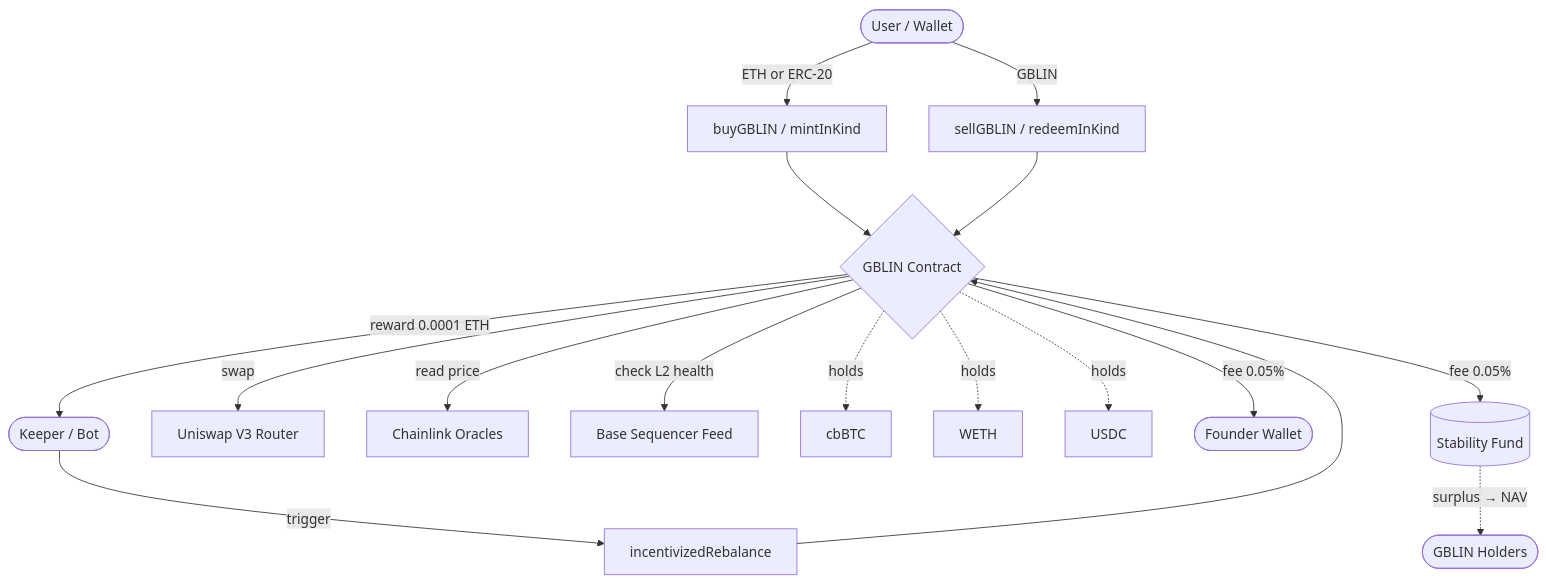
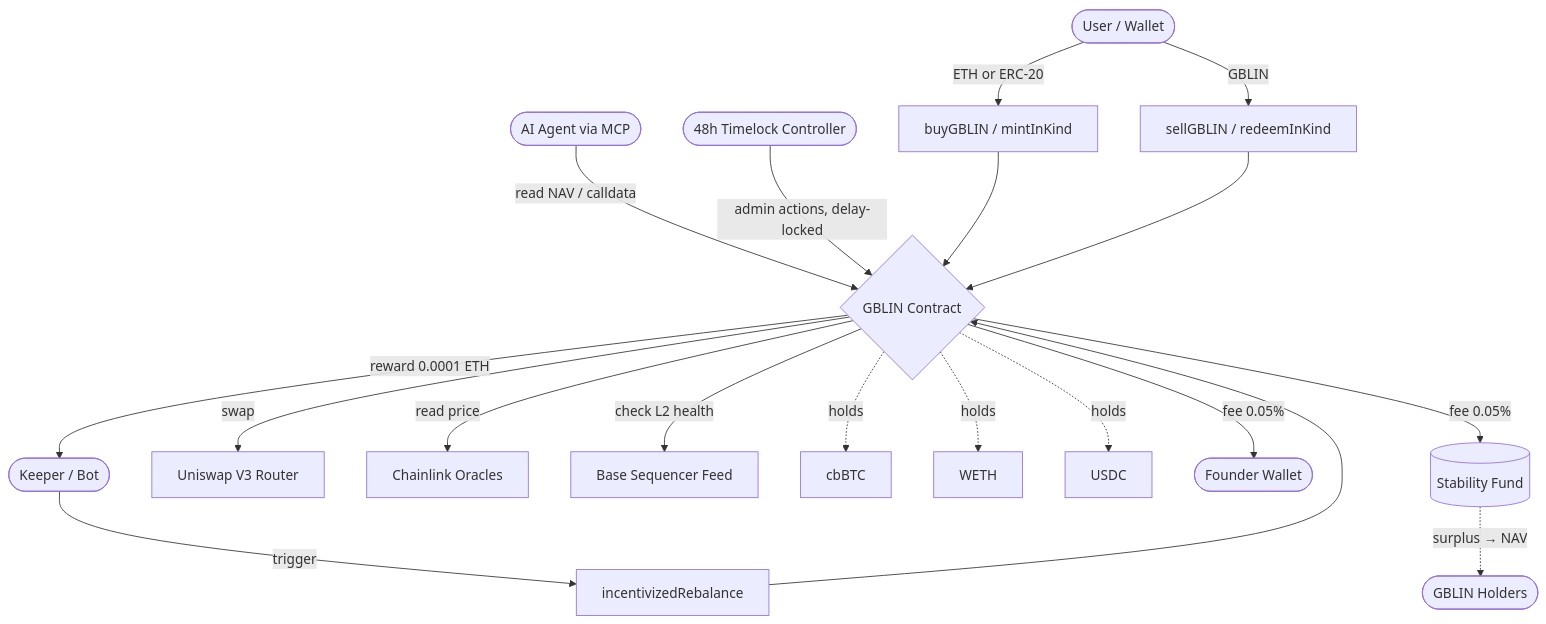
The diagram in README.md (gblinproject/GBLIN-Protocol), drawn with Mermaid before and after one commit. The commit also changed other lines of this file, not shown here.

````diff
--- a/README.md
+++ b/README.md
@@ -74,23 +87,25 @@
 ```mermaid
 flowchart TB
     User([User / Wallet]) -->|ETH or ERC-20| Buy[buyGBLIN / mintInKind]
     User -->|GBLIN| Sell[sellGBLIN / redeemInKind]
     Keeper([Keeper / Bot]) -->|trigger| Rebal[incentivizedRebalance]
+    Agent([AI Agent via MCP]) -->|read NAV / calldata| Core
+    TL([48h Timelock Controller]) -->|admin actions, delay-locked| Core
 
     Buy --> Core{GBLIN Contract}
     Sell --> Core
     Rebal --> Core
 
     Core -->|swap| Uni[Uniswap V3 Router]
     Core -->|read price| Chainlink[Chainlink Oracles]
     Core -->|check L2 health| Seq[Base Sequencer Feed]
 
     Core -.holds.-> cbBTC
     Core -.holds.-> WETH
     Core -.holds.-> USDC
 
     Core -->|reward 0.0001 ETH| Keeper
     Core -->|fee 0.05%| Founder([Founder Wallet])
     Core -->|fee 0.05%| Stab[(Stability Fund)]
     Stab -.surplus → NAV.-> Holders([GBLIN Holders])
 ```
````
